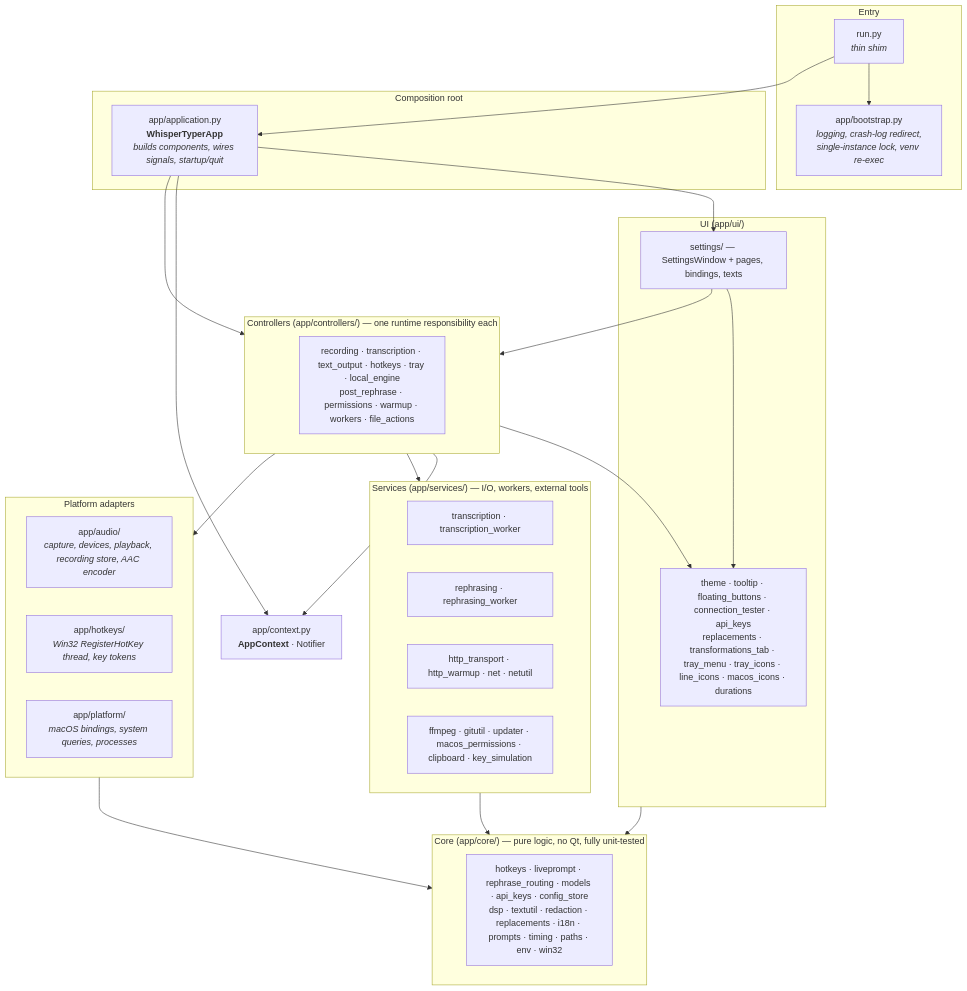
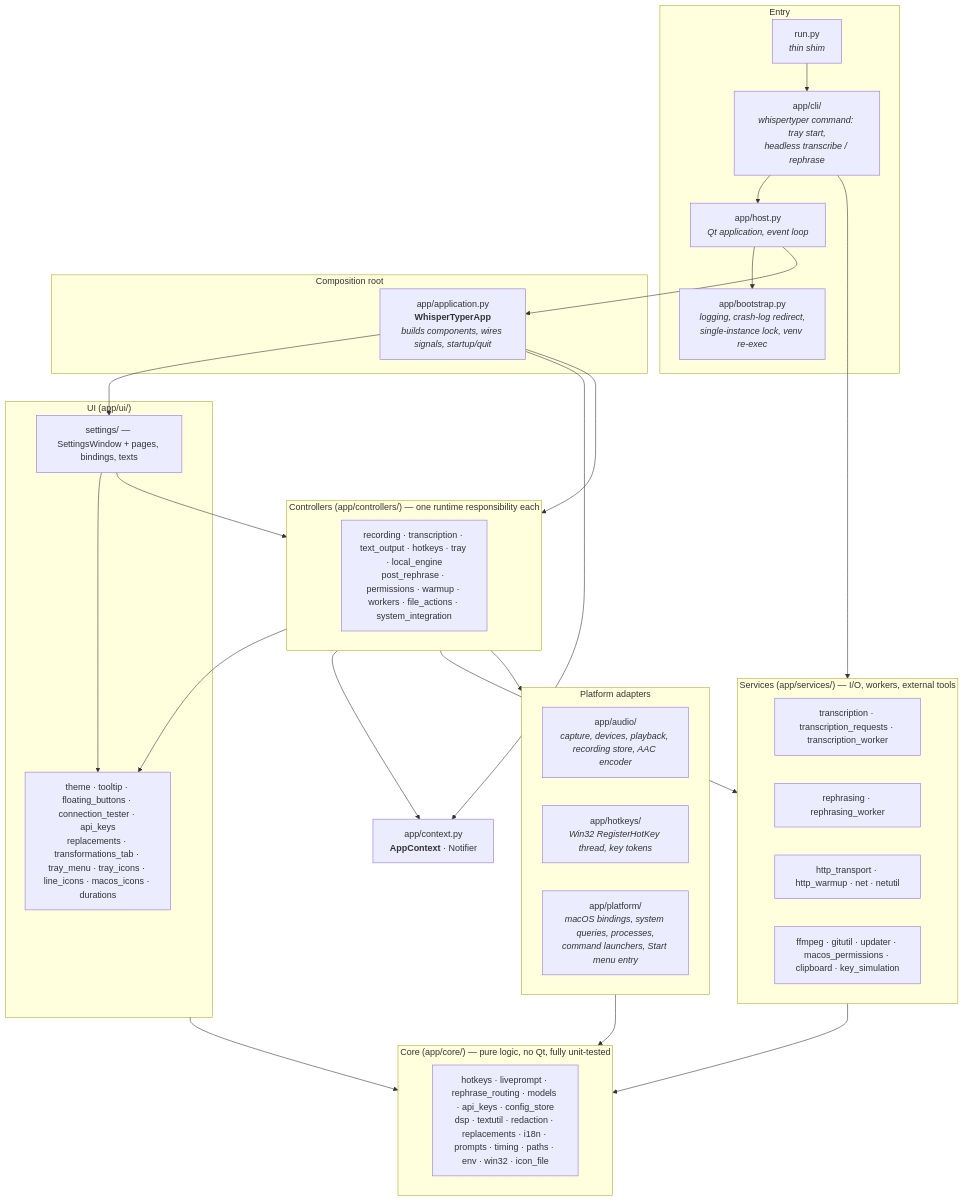
One commit to bjspi/WhisperTyper changed the first of 2 diagrams in docs/ARCHITECTURE.md. Above: the diagram before and after it, drawn with Mermaid. The commit also changed other lines of this file and 18 other files, not shown here.

First line of the commit message:
feat: whispertyper command on PATH and a Start menu entry, both with the app icon

````diff
--- a/docs/ARCHITECTURE.md
+++ b/docs/ARCHITECTURE.md
@@ -23,54 +23,59 @@
 ```mermaid
 flowchart TB
     subgraph entry ["Entry"]
         RUN["run.py<br/><i>thin shim</i>"]
+        CLI["app/cli/<br/><i>whispertyper command: tray start,<br/>headless transcribe / rephrase</i>"]
+        HOST["app/host.py<br/><i>Qt application, event loop</i>"]
         BOOT["app/bootstrap.py<br/><i>logging, crash-log redirect,<br/>single-instance lock, venv re-exec</i>"]
     end
 
     subgraph comp ["Composition root"]
         APP["app/application.py<br/><b>WhisperTyperApp</b><br/><i>builds components, wires signals, startup/quit</i>"]
     end
 
     subgraph controllers ["Controllers (app/controllers/) — one runtime responsibility each"]
-        CTRL["recording · transcription · text_output · hotkeys · tray · local_engine<br/>post_rephrase · permissions · warmup · workers · file_actions"]
+        CTRL["recording · transcription · text_output · hotkeys · tray · local_engine<br/>post_rephrase · permissions · warmup · workers · file_actions · system_integration"]
     end
 
     subgraph ui ["UI (app/ui/)"]
         SET["settings/ — SettingsWindow + pages, bindings, texts"]
         UIW["theme · tooltip · floating_buttons · connection_tester · api_keys<br/>replacements · transformations_tab · tray_menu · tray_icons · line_icons · macos_icons · durations"]
     end
 
     subgraph services ["Services (app/services/) — I/O, workers, external tools"]
-        TW["transcription · transcription_worker"]
+        TW["transcription · transcription_requests · transcription_worker"]
         RW["rephrasing · rephrasing_worker"]
         NET["http_transport · http_warmup · net · netutil"]
         TOOLS["ffmpeg · gitutil · updater · macos_permissions · clipboard · key_simulation"]
     end
 
     subgraph platform ["Platform adapters"]
         AUD["app/audio/<br/><i>capture, devices, playback, recording store, AAC encoder</i>"]
         HK["app/hotkeys/<br/><i>Win32 RegisterHotKey thread, key tokens</i>"]
-        OS["app/platform/<br/><i>macOS bindings, system queries, processes</i>"]
+        OS["app/platform/<br/><i>macOS bindings, system queries, processes,<br/>command launchers, Start menu entry</i>"]
     end
 
     subgraph core ["Core (app/core/) — pure logic, no Qt, fully unit-tested"]
-        CORE["hotkeys · liveprompt · rephrase_routing · models · api_keys · config_store<br/>dsp · textutil · redaction · replacements · i18n · prompts · timing · paths · env · win32"]
+        CORE["hotkeys · liveprompt · rephrase_routing · models · api_keys · config_store<br/>dsp · textutil · redaction · replacements · i18n · prompts · timing · paths · env · win32 · icon_file"]
     end
 
     CTX["app/context.py<br/><b>AppContext</b> · Notifier"]
 
-    RUN --> BOOT
-    RUN --> APP
+    RUN --> CLI
+    CLI --> HOST
+    CLI --> services
+    HOST --> BOOT
+    HOST --> APP
     APP --> controllers
     APP --> SET
     APP --> CTX
     SET --> controllers
     controllers --> CTX
     controllers --> services
     controllers --> platform
     controllers --> UIW
     SET --> UIW
     services --> core
     ui --> core
     platform --> core
 ```
````
